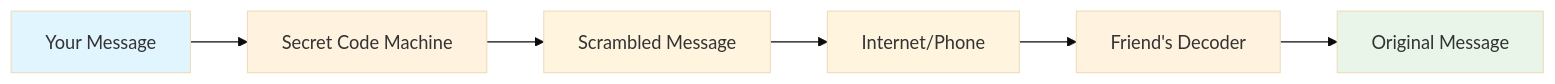
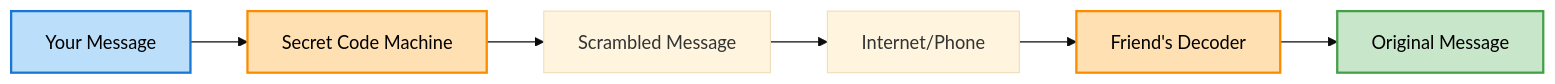
Before and after one commit to prabhatg/signal_crypto_lib: the first of 16 diagrams in docs/signal_protocol_for_kids.md, drawn with Mermaid (base theme). The commit also changed other lines of this file and 1 other file, not shown here.

Commit message:
Documentation diagram updates

````diff
--- a/docs/signal_protocol_for_kids.md
+++ b/docs/signal_protocol_for_kids.md
@@ -28,13 +28,13 @@
 ```mermaid
 graph LR
     A[Your Message] --> B[Secret Code Machine]
     B --> C[Scrambled Message]
     C --> D[Internet/Phone]
     D --> E[Friend's Decoder]
     E --> F[Original Message]
     
-    style A fill:#e1f5fe
-    style F fill:#e8f5e8
-    style B fill:#fff3e0
-    style E fill:#fff3e0
+    style A fill:#bbdefb,stroke:#1976d2,stroke-width:2px,color:#000
+    style F fill:#c8e6c9,stroke:#43a047,stroke-width:2px,color:#000
+    style B fill:#ffe0b2,stroke:#fb8c00,stroke-width:2px,color:#000
+    style E fill:#ffe0b2,stroke:#fb8c00,stroke-width:2px,color:#000
 ```
````
